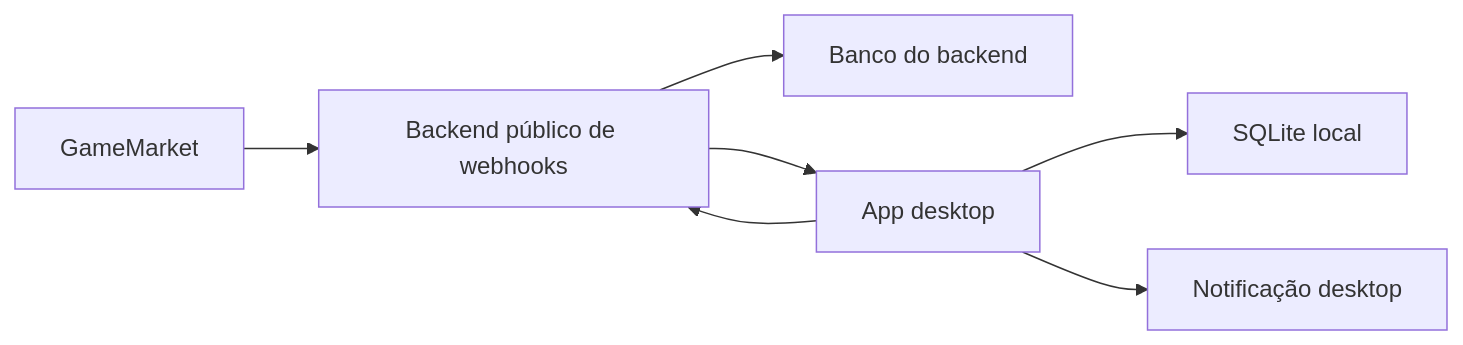
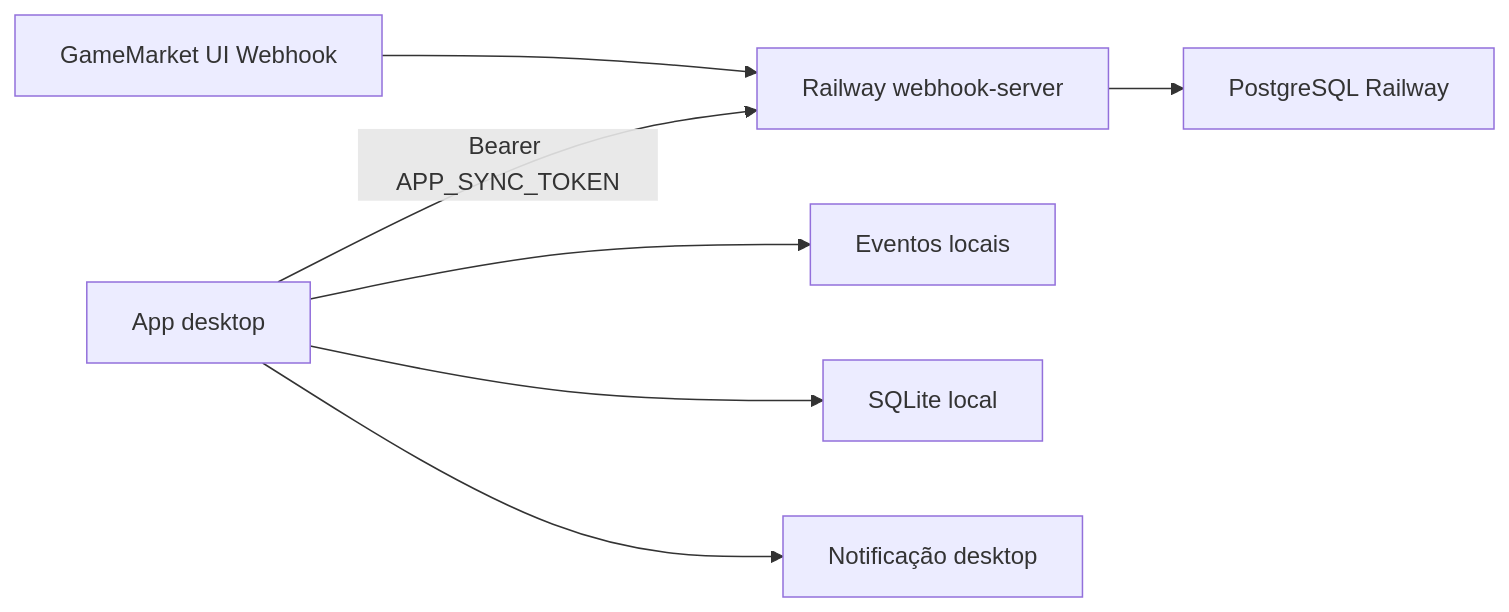
Before and after one commit to hzdkyx/gamemarketapp: the fifth of 5 diagrams in docs/architecture.md, drawn with Mermaid. The commit also changed other lines of this file and 51 other files, not shown here.

Commit message:
feat: adiciona webhook server e sync em tempo real

````diff
--- a/docs/architecture.md
+++ b/docs/architecture.md
@@ -387,9 +410,9 @@
 ```mermaid
 flowchart LR
-  GM["GameMarket"] --> WH["Backend público de webhooks"]
-  WH --> BackendDB["Banco do backend"]
-  Desktop["App desktop"] --> WH
-  WH --> Desktop
+  GM["GameMarket UI Webhook"] --> WH["Railway webhook-server"]
+  WH --> PG["PostgreSQL Railway"]
+  Desktop["App desktop"] -->|"Bearer APP_SYNC_TOKEN"| WH
+  Desktop --> Events["Eventos locais"]
   Desktop --> LocalDB["SQLite local"]
   Desktop --> Notify["Notificação desktop"]
 ```
````
